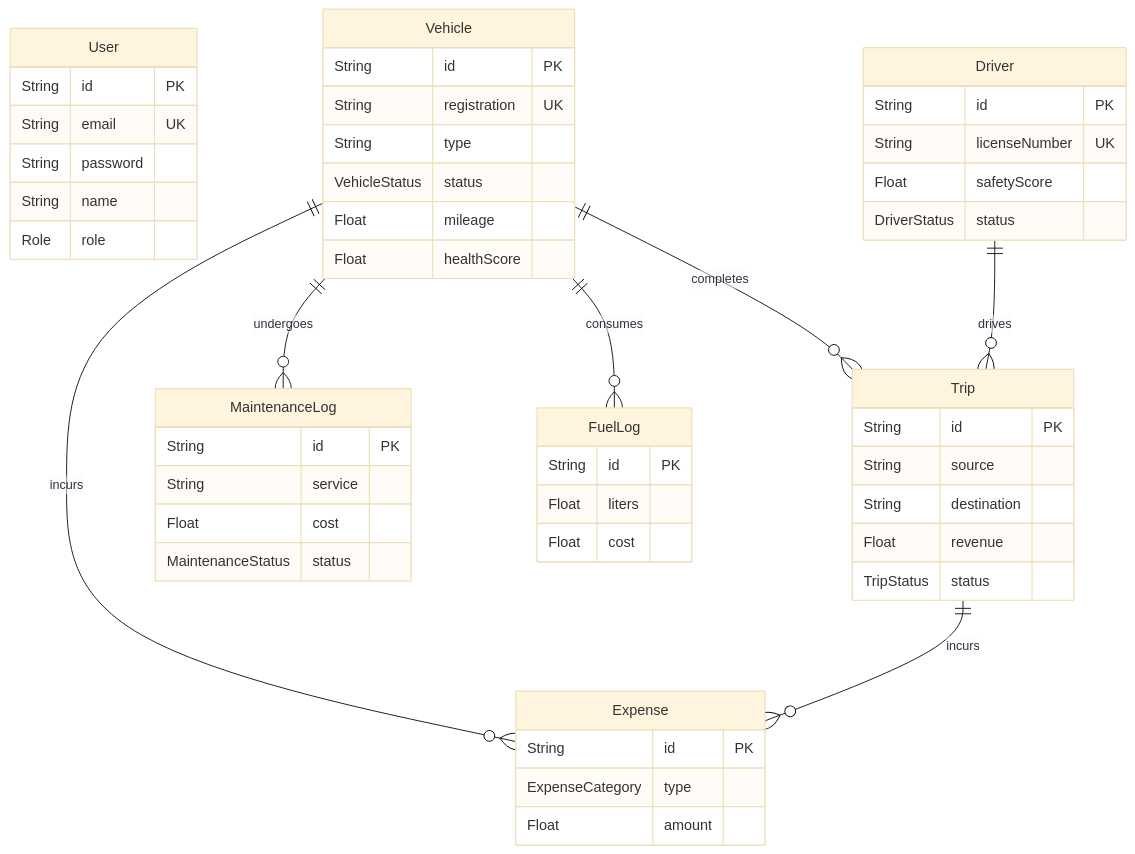
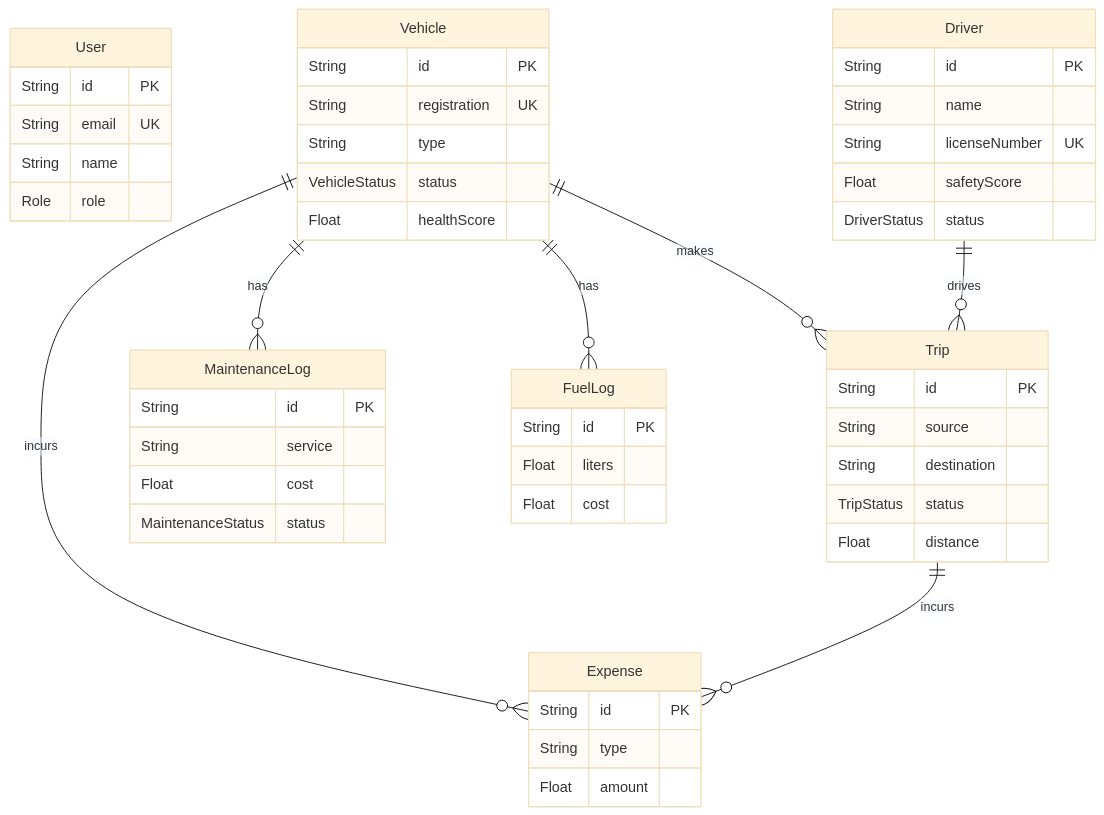
One commit to sachhu04/TransitOps changed the second of 2 diagrams in README.md. Above: the diagram before and after it, drawn with Mermaid (base theme). The commit also changed other lines of this file, not shown here.

````diff
--- a/README.md
+++ b/README.md
@@ -149,54 +96,53 @@
 ```mermaid
 erDiagram
     User {
         String id PK
         String email UK
-        String password
         String name
         Role role
     }
     Vehicle {
         String id PK
         String registration UK
         String type
         VehicleStatus status
-        Float mileage
         Float healthScore
     }
     Driver {
         String id PK
+        String name
         String licenseNumber UK
         Float safetyScore
         DriverStatus status
     }
     Trip {
         String id PK
         String source
         String destination
-        Float revenue
         TripStatus status
+        Float distance
     }
     MaintenanceLog {
         String id PK
         String service
         Float cost
         MaintenanceStatus status
     }
     FuelLog {
         String id PK
         Float liters
         Float cost
     }
     Expense {
         String id PK
-        ExpenseCategory type
+        String type
         Float amount
     }
 
-    Vehicle ||--o{ Trip : completes
-    Driver ||--o{ Trip : drives
-    Vehicle ||--o{ MaintenanceLog : undergoes
-    Vehicle ||--o{ FuelLog : consumes
-    Vehicle ||--o{ Expense : incurs
-    Trip ||--o{ Expense : incurs
+    Vehicle ||--o{ Trip : "makes"
+    Driver ||--o{ Trip : "drives"
+    Vehicle ||--o{ MaintenanceLog : "has"
+    Vehicle ||--o{ FuelLog : "has"
+    Vehicle ||--o{ Expense : "incurs"
+    Trip ||--o{ Expense : "incurs"
 ```
````
